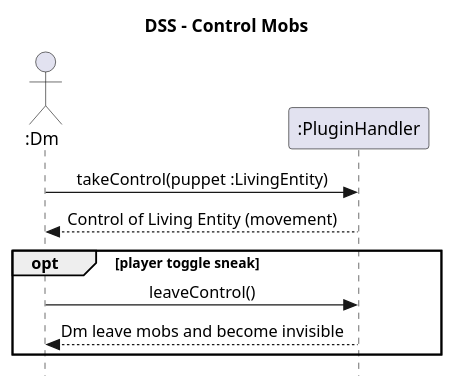
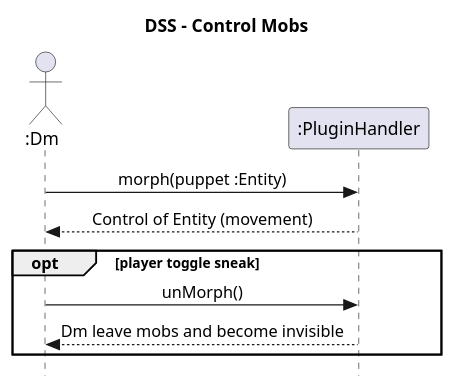
Before and after one commit to Jean-Lamarre/Johnytech6s_Plugin: the diagram in docs/Model/dss-control-mobs.plantuml, drawn with PlantUML. The commit also changed 1 other file, not shown here.

```diff
--- a/docs/Model/dss-control-mobs.plantuml
+++ b/docs/Model/dss-control-mobs.plantuml
@@ -1,21 +1,21 @@
 @startuml
 skinparam style strictuml
 skinparam defaultfontname Verdana
 skinparam sequence {
     MessageAlign center
 }
 title DSS - Control Mobs
 actor ":Dm" as dm
 participant ":PluginHandler" as plugin
 
-dm -> plugin : takeControl(puppet :LivingEntity)
+dm -> plugin : morph(puppet :Entity)
 
-return Control of Living Entity (movement)
+return Control of Entity (movement)
 
 opt player toggle sneak
-dm -> plugin : leaveControl()
+dm -> plugin : unMorph()
 return Dm leave mobs and become invisible
 end opt
 
 
 @enduml
```
